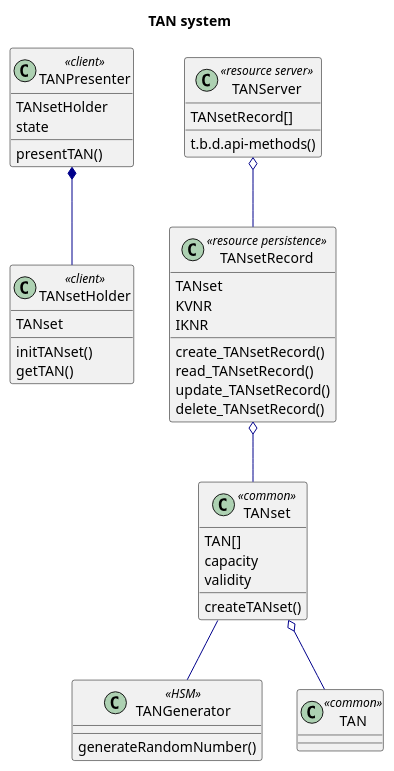
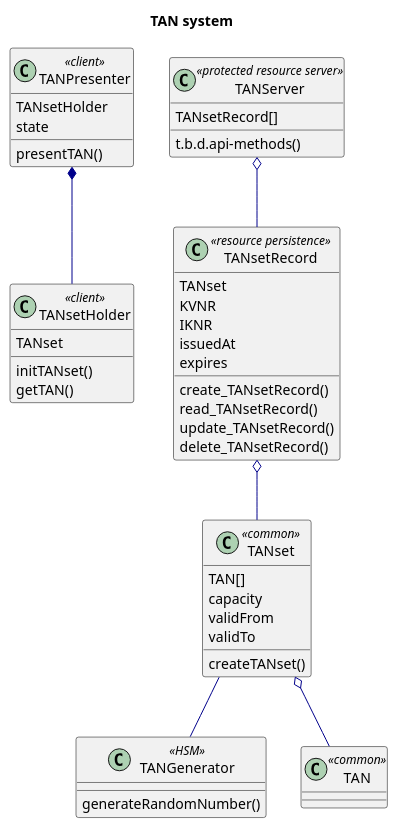
The diagram in src/plantuml/KD_Infomodell_TANset.puml (gematik/api-popp), drawn with PlantUML before and after one commit.

Commit message:
extended info model for TAN system with timstamp elements

```diff
--- a/src/plantuml/KD_Infomodell_TANset.puml
+++ b/src/plantuml/KD_Infomodell_TANset.puml
@@ -1,79 +1,82 @@
 @startuml
 skinparam Shadowing false
 skinparam ParticipantPadding 20
 skinparam BoxPadding 10
 
 
 skinparam sequence {
     ArrowColor DodgerBlue
     ActorBorderColor DodgerBlue
     LifeLineBorderColor Blue
 
     ParticipantBackgroundColor #3483eb
     ParticipantBorderColor #3483eb
     ParticipantFontSize 14
     ParticipantFontColor White
 
     ActorBackgroundColor #3483eb
     ActorFontSize 14
     NoteBackgroundColor #3483eb
 }
 
 title TAN system
 
 skinparam class {
     ArrowColor #darkblue
     BorderColor black
 }
 
 class TANsetHolder << client >>{
 	TANset
 	initTANset()
 	getTAN()
 }
 
 class TANPresenter << client >>{
     TANsetHolder
     state
     presentTAN()
 }
 
-class TANServer << resource server >> {
+class TANServer << protected resource server >> {
     TANsetRecord[]
     t.b.d.api-methods()
 
 }
 
 class TANsetRecord << resource persistence >>{
 TANset
 KVNR
 IKNR
+issuedAt
+expires
     create_TANsetRecord()
     read_TANsetRecord()
     update_TANsetRecord()
     delete_TANsetRecord()
 }
 
-class TANGenerator << HSM >> {
-    generateRandomNumber()
-}
-
 class TANset << common >>{
     TAN[]
     capacity
-    validity
+    validFrom
+    validTo
     createTANset()
+}
+
+class TANGenerator << HSM >> {
+    generateRandomNumber()
 }
 
 class TAN <<common >>{
 }
 
 
 TANServer o-- TANsetRecord
 TANPresenter *-- TANsetHolder
 TANsetRecord  o-- TANset
 TANset o-- TAN
 TANset -- TANGenerator
 
 
 @enduml
```
